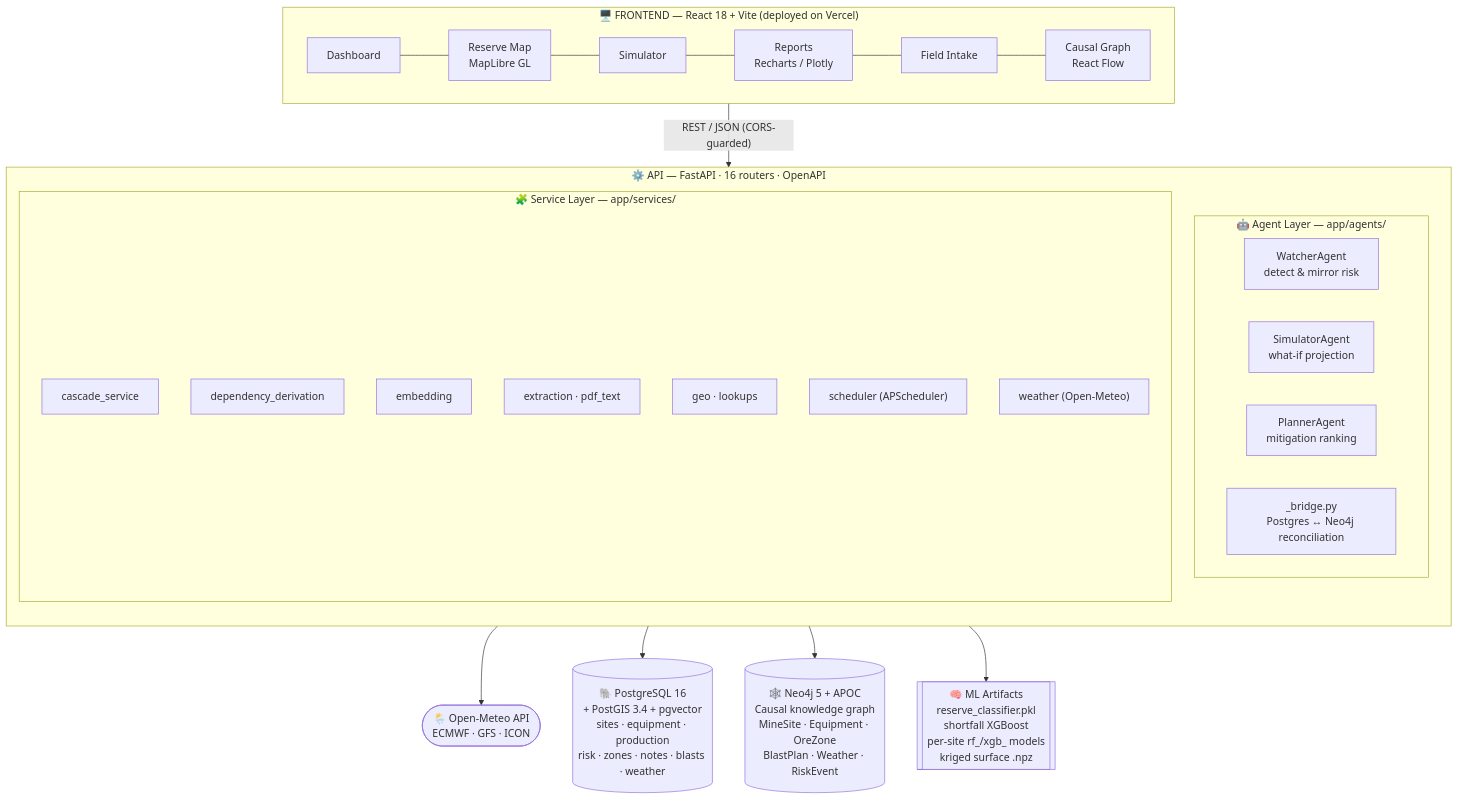
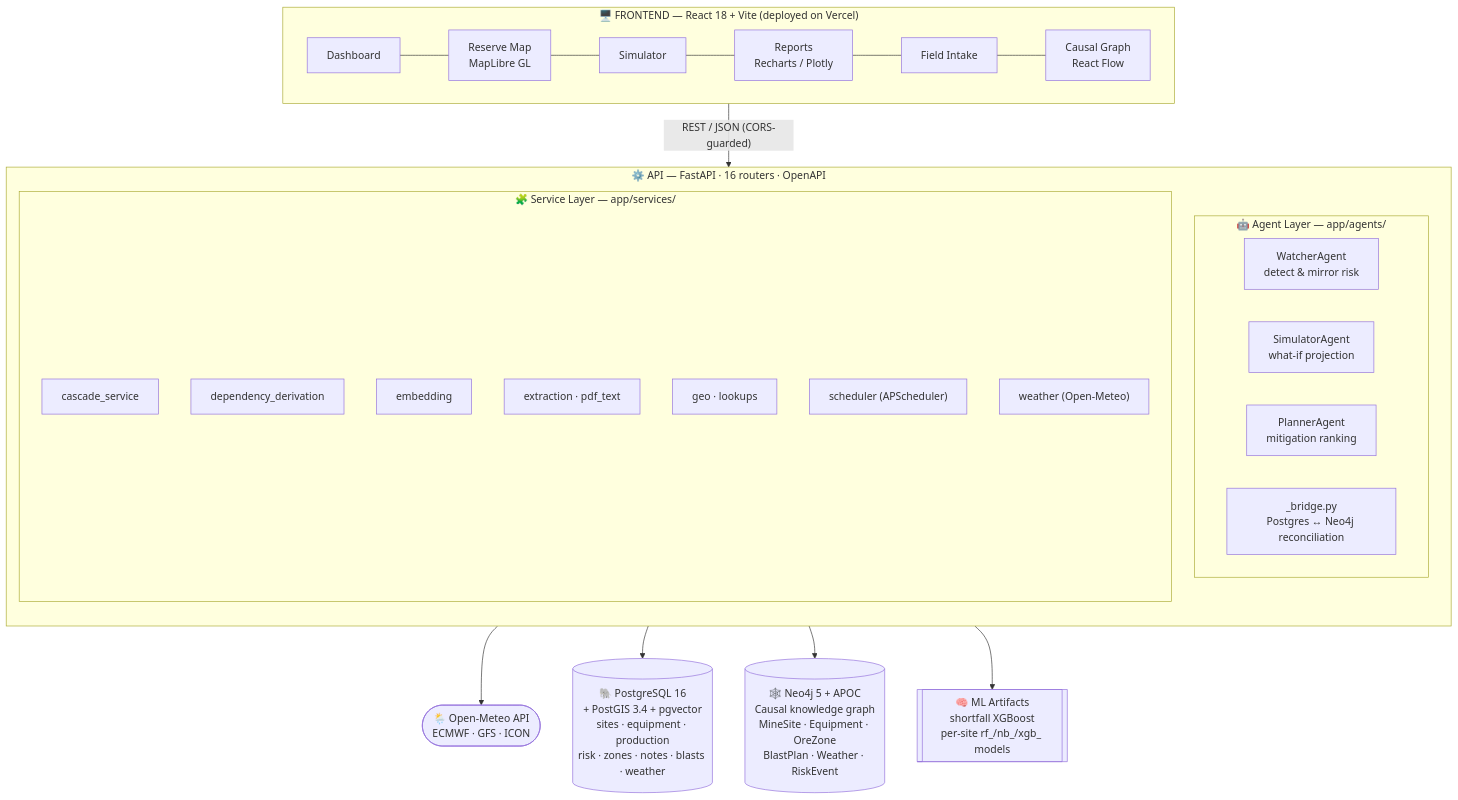
The first of 4 diagrams in README.md (Arnabh-M/moil-reserve-intelligence), drawn with Mermaid before and after one commit. The commit also changed other lines of this file and 23 other files, not shown here.

````diff
--- a/README.md
+++ b/README.md
@@ -108,33 +108,33 @@
 ```mermaid
 flowchart TB
     subgraph FE["🖥️ FRONTEND — React 18 + Vite (deployed on Vercel)"]
         direction LR
         F1["Dashboard"] --- F2["Reserve Map<br/>MapLibre GL"] --- F3["Simulator"] --- F4["Reports<br/>Recharts / Plotly"] --- F5["Field Intake"] --- F6["Causal Graph<br/>React Flow"]
     end
 
     FE -- "REST / JSON (CORS-guarded)" --> API
 
     subgraph API["⚙️ API — FastAPI · 16 routers · OpenAPI"]
         direction TB
         subgraph AG["🤖 Agent Layer — app/agents/"]
             A1["WatcherAgent<br/>detect & mirror risk"]
             A2["SimulatorAgent<br/>what-if projection"]
             A3["PlannerAgent<br/>mitigation ranking"]
             A4["_bridge.py<br/>Postgres ↔ Neo4j reconciliation"]
         end
         subgraph SV["🧩 Service Layer — app/services/"]
             S1["cascade_service"]
             S2["dependency_derivation"]
             S3["embedding"]
             S4["extraction · pdf_text"]
             S5["geo · lookups"]
             S6["scheduler (APScheduler)"]
             S7["weather (Open-Meteo)"]
         end
     end
 
     API --> PG[("🐘 PostgreSQL 16<br/>+ PostGIS 3.4 + pgvector<br/>sites · equipment · production<br/>risk · zones · notes · blasts · weather")]
     API --> NEO[("🕸️ Neo4j 5 + APOC<br/>Causal knowledge graph<br/>MineSite · Equipment · OreZone<br/>BlastPlan · Weather · RiskEvent")]
-    API --> ML[["🧠 ML Artifacts<br/>reserve_classifier.pkl<br/>shortfall XGBoost<br/>per-site rf_/xgb_ models<br/>kriged surface .npz"]]
+    API --> ML[["🧠 ML Artifacts<br/>shortfall XGBoost<br/>per-site rf_/nb_/xgb_ models"]]
     S7 --> OM(["🌦️ Open-Meteo API<br/>ECMWF · GFS · ICON"])
 ```
````
